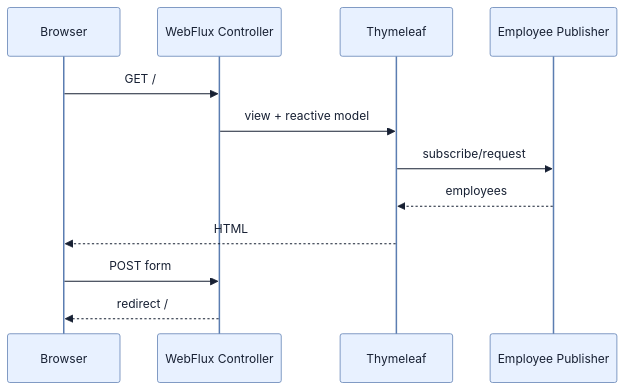
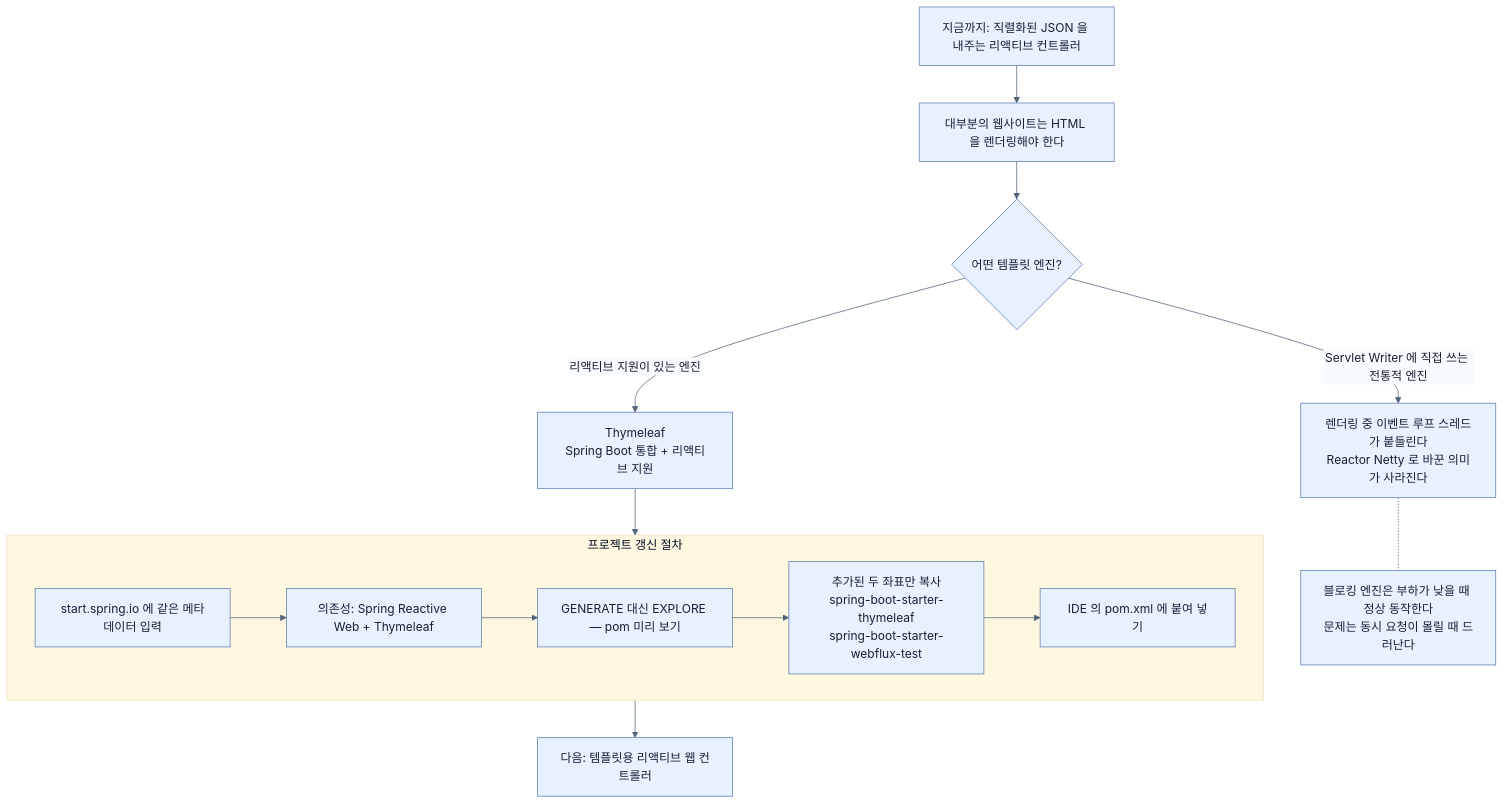
One commit to sing-u8/Learning_Spring_Boot_4 changed the diagram in spring-boot-4-pdf-notes/part-4-scaling-an-application-with-spring-boot/chapter-9-writing-reactive-web-controllers/05-rendering-reactive-templates.md. Above: the diagram before and after it, drawn with Mermaid. The commit also changed other lines of this file and 253 other files, not shown here.

````diff
--- a/spring-boot-4-pdf-notes/part-4-scaling-an-application-with-spring-boot/chapter-9-writing-reactive-web-controllers/05-rendering-reactive-templates.md
+++ b/spring-boot-4-pdf-notes/part-4-scaling-an-application-with-spring-boot/chapter-9-writing-reactive-web-controllers/05-rendering-reactive-templates.md
@@ -28,15 +85,27 @@
 ```mermaid
 %%{init: {'theme': 'base', 'themeVariables': {'background': '#ffffff', 'primaryColor': '#e8f1ff', 'primaryTextColor': '#172033', 'primaryBorderColor': '#5b7db1', 'lineColor': '#52647a', 'secondaryColor': '#f7fbff', 'tertiaryColor': '#fff7df'}}}%%
-sequenceDiagram
-    participant B as Browser
-    participant C as WebFlux Controller
-    participant T as Thymeleaf
-    participant P as Employee Publisher
-    B->>C: GET /
-    C->>T: view + reactive model
-    T->>P: subscribe/request
-    P-->>T: employees
-    T-->>B: HTML
-    B->>C: POST form
-    C-->>B: redirect /
+flowchart TB
+    NOW["지금까지: 직렬화된 JSON 을 내주는 리액티브 컨트롤러"]
+    NOW --> NEED["대부분의 웹사이트는 HTML 을 렌더링해야 한다"]
+
+    NEED --> Q{"어떤 템플릿 엔진?"}
+
+    Q -->|"Servlet Writer 에 직접 쓰는 전통적 엔진"| BAD["렌더링 중 이벤트 루프 스레드가 붙들린다<br/>Reactor Netty 로 바꾼 의미가 사라진다"]
+    Q -->|"리액티브 지원이 있는 엔진"| GOOD["Thymeleaf<br/>Spring Boot 통합 + 리액티브 지원"]
+
+    GOOD --> STEP
+
+    subgraph STEP["프로젝트 갱신 절차"]
+        S1["start.spring.io 에 같은 메타데이터 입력"]
+        S2["의존성: Spring Reactive Web + Thymeleaf"]
+        S3["GENERATE 대신 EXPLORE — pom 미리 보기"]
+        S4["추가된 두 좌표만 복사<br/>spring-boot-starter-thymeleaf<br/>spring-boot-starter-webflux-test"]
+        S5["IDE 의 pom.xml 에 붙여 넣기"]
+        S1 --> S2 --> S3 --> S4 --> S5
+    end
+
+    STEP --> NEXT["다음: 템플릿용 리액티브 웹 컨트롤러"]
+
+    WARN["블로킹 엔진은 부하가 낮을 때 정상 동작한다<br/>문제는 동시 요청이 몰릴 때 드러난다"]
+    BAD -.- WARN
 ```
````
